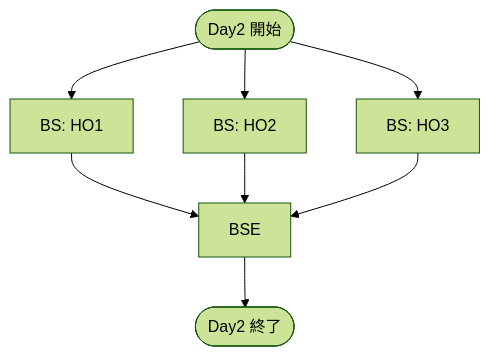
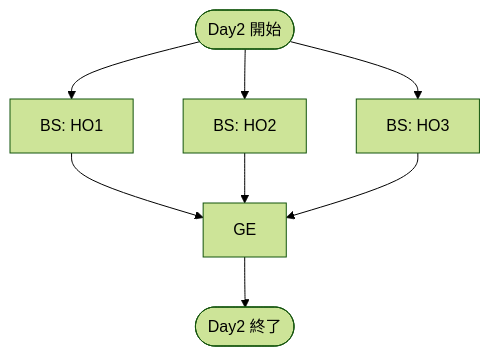
Before and after one commit to KarasuTatehi/last-resort-disturbance: the second of 2 diagrams in specs/routing.md, drawn with Mermaid (forest theme). The commit also changed other lines of this file, not shown here.

Commit message:
specs/routing.md updated from https://stackedit.io/

````diff
--- a/specs/routing.md
+++ b/specs/routing.md
@@ -34,14 +34,14 @@
 ```mermaid
 flowchart TD
 D2S([Day2 開始])
-HO1-D2-BS["BS: HO1"]
-HO2-D2-BS["BS: HO2"]
-HO3-D2-BS["BS: HO3"]
-D2-BSE["BSE"]
+HO1-D2-EB["BS: HO1"]
+HO2-D2-EB["BS: HO2"]
+HO3-D2-EB["BS: HO3"]
+D2-GE["GE"]
 D2E([Day2 終了])
 
 D2S -->
-HO1-D2-BS & HO2-D2-BS & HO3-D2-BS -->
-D2-BSE -->
+HO1-D2-EB & HO2-D2-EB & HO3-D2-EB -->
+D2-GE -->
 D2E
 ```
````
